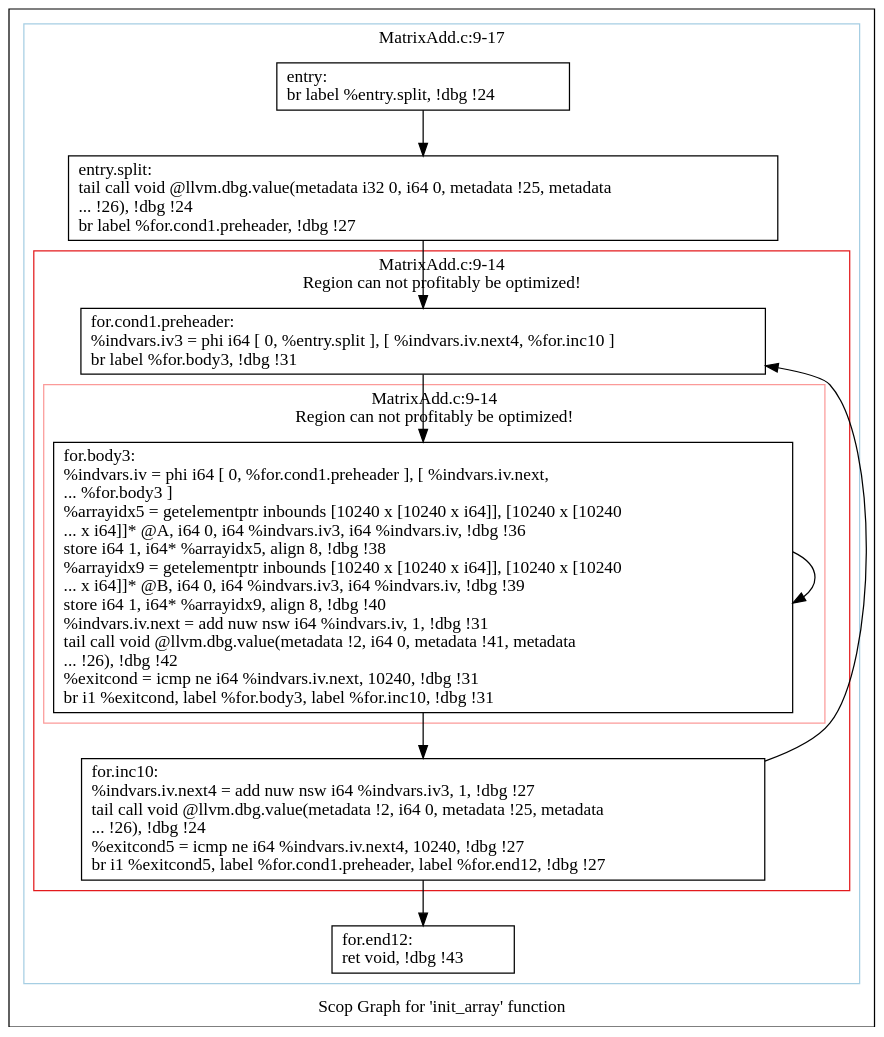
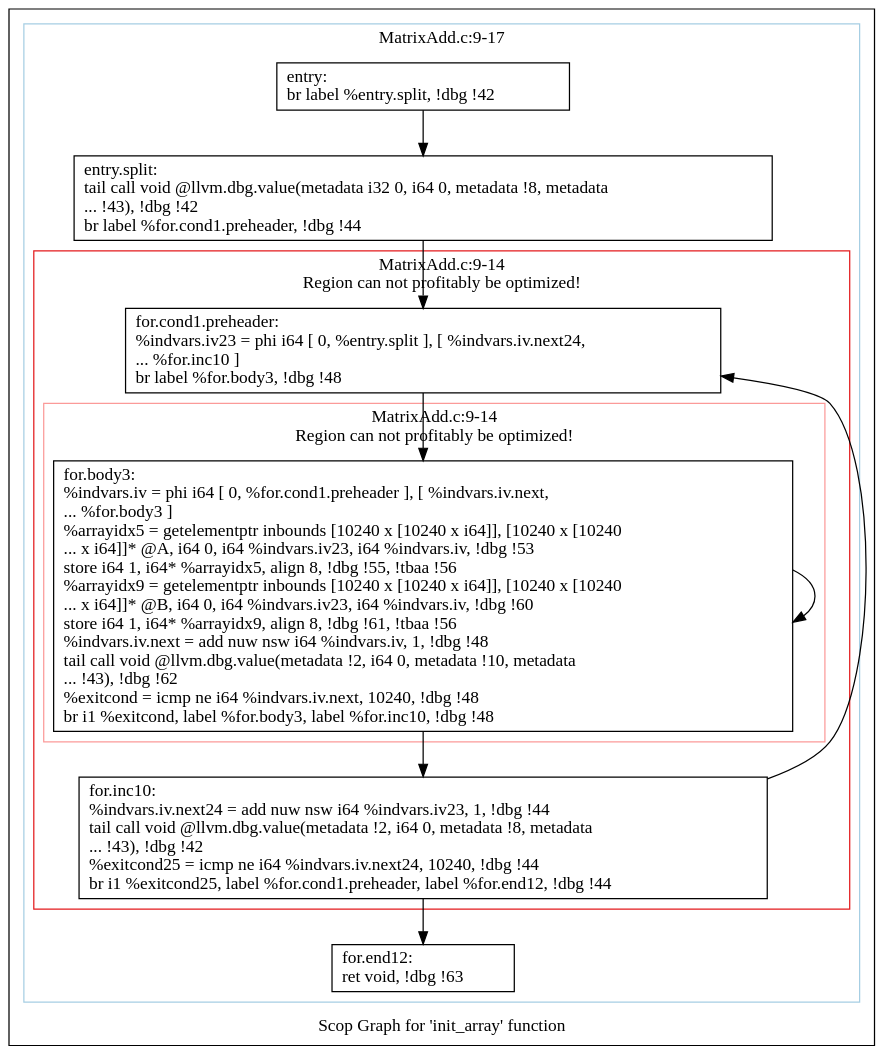
One commit to samminweng/WhileyOpenCL changed the diagram in polly/MatrixAdd/impl/handwritten/dot/scops.init_array.dot. Above: the diagram before and after it, drawn with Graphviz. The commit also changed 34 other files, not shown here.

```diff
--- a/polly/MatrixAdd/impl/handwritten/dot/scops.init_array.dot
+++ b/polly/MatrixAdd/impl/handwritten/dot/scops.init_array.dot
@@ -1,42 +1,42 @@
 digraph "Scop Graph for 'init_array' function" {
 	label="Scop Graph for 'init_array' function";
 
-	Node0x4e99320 [shape=record,label="{entry:\l  br label %entry.split, !dbg !24\l}"];
-	Node0x4e99320 -> Node0x4e9b480;
-	Node0x4e9b480 [shape=record,label="{entry.split:                                      \l  tail call void @llvm.dbg.value(metadata i32 0, i64 0, metadata !25, metadata\l... !26), !dbg !24\l  br label %for.cond1.preheader, !dbg !27\l}"];
-	Node0x4e9b480 -> Node0x4e9b4a0;
-	Node0x4e9b4a0 [shape=record,label="{for.cond1.preheader:                              \l  %indvars.iv3 = phi i64 [ 0, %entry.split ], [ %indvars.iv.next4, %for.inc10 ]\l  br label %for.body3, !dbg !31\l}"];
-	Node0x4e9b4a0 -> Node0x4e9bd60;
-	Node0x4e9bd60 [shape=record,label="{for.body3:                                        \l  %indvars.iv = phi i64 [ 0, %for.cond1.preheader ], [ %indvars.iv.next,\l... %for.body3 ]\l  %arrayidx5 = getelementptr inbounds [10240 x [10240 x i64]], [10240 x [10240\l... x i64]]* @A, i64 0, i64 %indvars.iv3, i64 %indvars.iv, !dbg !36\l  store i64 1, i64* %arrayidx5, align 8, !dbg !38\l  %arrayidx9 = getelementptr inbounds [10240 x [10240 x i64]], [10240 x [10240\l... x i64]]* @B, i64 0, i64 %indvars.iv3, i64 %indvars.iv, !dbg !39\l  store i64 1, i64* %arrayidx9, align 8, !dbg !40\l  %indvars.iv.next = add nuw nsw i64 %indvars.iv, 1, !dbg !31\l  tail call void @llvm.dbg.value(metadata !2, i64 0, metadata !41, metadata\l... !26), !dbg !42\l  %exitcond = icmp ne i64 %indvars.iv.next, 10240, !dbg !31\l  br i1 %exitcond, label %for.body3, label %for.inc10, !dbg !31\l}"];
-	Node0x4e9bd60 -> Node0x4e9bd60[constraint=false];
-	Node0x4e9bd60 -> Node0x4e8ee20;
-	Node0x4e8ee20 [shape=record,label="{for.inc10:                                        \l  %indvars.iv.next4 = add nuw nsw i64 %indvars.iv3, 1, !dbg !27\l  tail call void @llvm.dbg.value(metadata !2, i64 0, metadata !25, metadata\l... !26), !dbg !24\l  %exitcond5 = icmp ne i64 %indvars.iv.next4, 10240, !dbg !27\l  br i1 %exitcond5, label %for.cond1.preheader, label %for.end12, !dbg !27\l}"];
-	Node0x4e8ee20 -> Node0x4e9b4a0[constraint=false];
-	Node0x4e8ee20 -> Node0x4e8ee40;
-	Node0x4e8ee40 [shape=record,label="{for.end12:                                        \l  ret void, !dbg !43\l}"];
+	Node0x8e754f0 [shape=record,label="{entry:\l  br label %entry.split, !dbg !42\l}"];
+	Node0x8e754f0 -> Node0x8e70d40;
+	Node0x8e70d40 [shape=record,label="{entry.split:                                      \l  tail call void @llvm.dbg.value(metadata i32 0, i64 0, metadata !8, metadata\l... !43), !dbg !42\l  br label %for.cond1.preheader, !dbg !44\l}"];
+	Node0x8e70d40 -> Node0x8e31c50;
+	Node0x8e31c50 [shape=record,label="{for.cond1.preheader:                              \l  %indvars.iv23 = phi i64 [ 0, %entry.split ], [ %indvars.iv.next24,\l... %for.inc10 ]\l  br label %for.body3, !dbg !48\l}"];
+	Node0x8e31c50 -> Node0x8e31af0;
+	Node0x8e31af0 [shape=record,label="{for.body3:                                        \l  %indvars.iv = phi i64 [ 0, %for.cond1.preheader ], [ %indvars.iv.next,\l... %for.body3 ]\l  %arrayidx5 = getelementptr inbounds [10240 x [10240 x i64]], [10240 x [10240\l... x i64]]* @A, i64 0, i64 %indvars.iv23, i64 %indvars.iv, !dbg !53\l  store i64 1, i64* %arrayidx5, align 8, !dbg !55, !tbaa !56\l  %arrayidx9 = getelementptr inbounds [10240 x [10240 x i64]], [10240 x [10240\l... x i64]]* @B, i64 0, i64 %indvars.iv23, i64 %indvars.iv, !dbg !60\l  store i64 1, i64* %arrayidx9, align 8, !dbg !61, !tbaa !56\l  %indvars.iv.next = add nuw nsw i64 %indvars.iv, 1, !dbg !48\l  tail call void @llvm.dbg.value(metadata !2, i64 0, metadata !10, metadata\l... !43), !dbg !62\l  %exitcond = icmp ne i64 %indvars.iv.next, 10240, !dbg !48\l  br i1 %exitcond, label %for.body3, label %for.inc10, !dbg !48\l}"];
+	Node0x8e31af0 -> Node0x8e31af0[constraint=false];
+	Node0x8e31af0 -> Node0x8e58f90;
+	Node0x8e58f90 [shape=record,label="{for.inc10:                                        \l  %indvars.iv.next24 = add nuw nsw i64 %indvars.iv23, 1, !dbg !44\l  tail call void @llvm.dbg.value(metadata !2, i64 0, metadata !8, metadata\l... !43), !dbg !42\l  %exitcond25 = icmp ne i64 %indvars.iv.next24, 10240, !dbg !44\l  br i1 %exitcond25, label %for.cond1.preheader, label %for.end12, !dbg !44\l}"];
+	Node0x8e58f90 -> Node0x8e31c50[constraint=false];
+	Node0x8e58f90 -> Node0x8e750f0;
+	Node0x8e750f0 [shape=record,label="{for.end12:                                        \l  ret void, !dbg !63\l}"];
 	colorscheme = "paired12"
-        subgraph cluster_0x4e96ec0 {
+        subgraph cluster_0x8e72ef0 {
           label = "MatrixAdd.c:9-17
 ";
           style = solid;
           color = 1
-          subgraph cluster_0x4e963b0 {
+          subgraph cluster_0x8e73160 {
             label = "MatrixAdd.c:9-14
 Region can not profitably be optimized!";
             style = solid;
             color = 6
-            subgraph cluster_0x4e9c850 {
+            subgraph cluster_0x8e6b780 {
               label = "MatrixAdd.c:9-14
 Region can not profitably be optimized!";
               style = solid;
               color = 5
-              Node0x4e9bd60;
+              Node0x8e31af0;
             }
-            Node0x4e9b4a0;
-            Node0x4e8ee20;
+            Node0x8e31c50;
+            Node0x8e58f90;
           }
-          Node0x4e99320;
-          Node0x4e9b480;
-          Node0x4e8ee40;
+          Node0x8e754f0;
+          Node0x8e70d40;
+          Node0x8e750f0;
         }
 }
```
